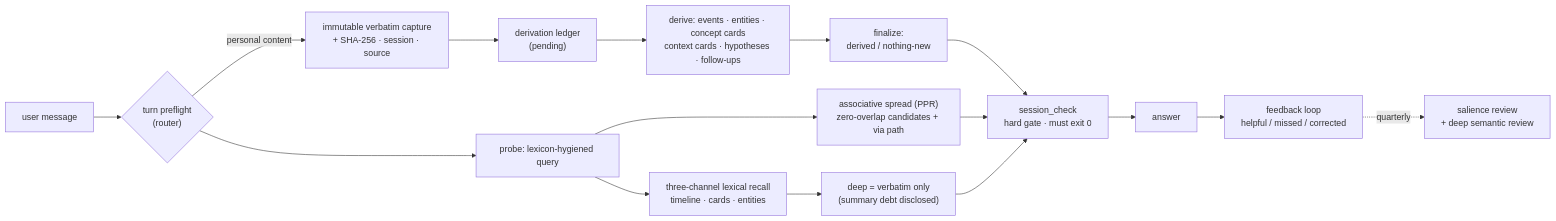
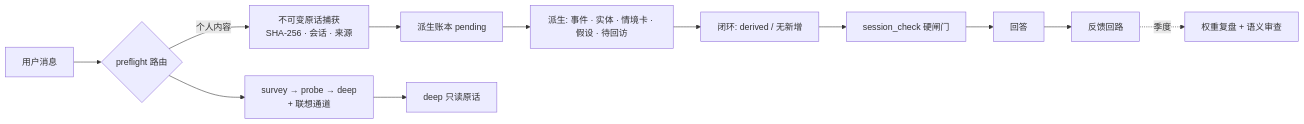
The diagram in README.md (caix84476-netizen/personal-understanding), drawn with Mermaid before and after one commit. The commit also changed other lines of this file and 2 other files, not shown here.

````diff
--- a/README.md
+++ b/README.md
@@ -125,18 +37,14 @@
 ```mermaid
 flowchart LR
-    A["user message"] --> B{"turn preflight<br/>(router)"}
-    B -->|"personal content"| C["immutable verbatim capture<br/>+ SHA-256 · session · source"]
-    C --> D["derivation ledger<br/>(pending)"]
-    D --> E["derive: events · entities · concept cards<br/>context cards · hypotheses · follow-ups"]
-    E --> F["finalize:<br/>derived / nothing-new"]
-    B --> G["probe: lexicon-hygiened query"]
-    G --> H["three-channel lexical recall<br/>timeline · cards · entities"]
-    G --> I["associative spread (PPR)<br/>zero-overlap candidates + via path"]
-    H --> J["deep = verbatim only<br/>(summary debt disclosed)"]
-    F --> K["session_check<br/>hard gate · must exit 0"]
-    I --> K
-    J --> K
-    K --> L["answer"]
-    L --> M["feedback loop<br/>helpful / missed / corrected"]
-    M -.->|quarterly| N["salience review<br/>+ deep semantic review"]
+    A["用户消息"] --> B{"preflight 路由"}
+    B -->|个人内容| C["不可变原话捕获<br/>SHA-256 · 会话 · 来源"]
+    C --> D["派生账本 pending"]
+    D --> E["派生: 事件 · 实体 · 情境卡 · 假设 · 待回访"]
+    E --> F["闭环: derived / 无新增"]
+    B --> G["survey → probe → deep<br/>+ 联想通道"]
+    G --> H["deep 只读原话"]
+    F --> I["session_check 硬闸门"]
+    I --> J["回答"]
+    J --> K["反馈回路"]
+    K -.->|季度| L["权重复盘 + 语义审查"]
 ```
````
